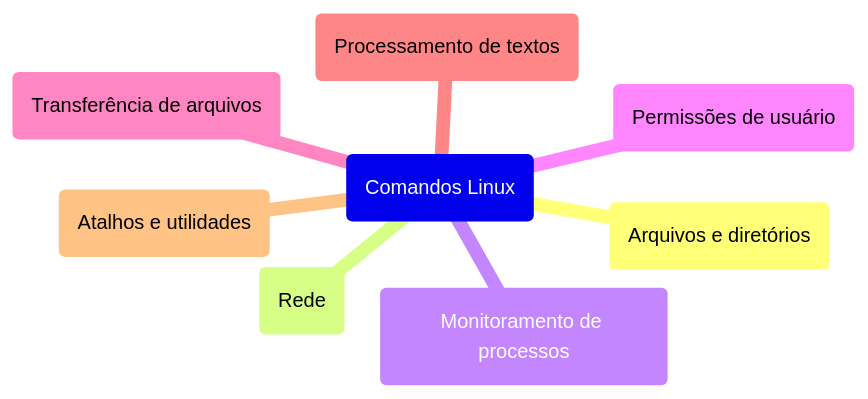
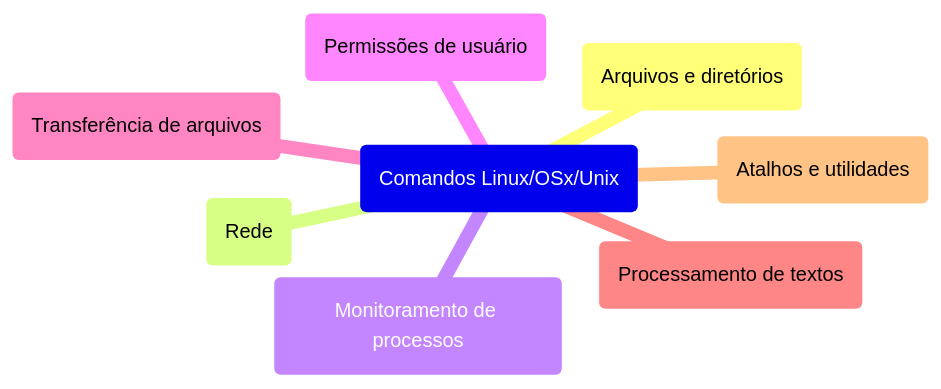
One commit to jbroberto76/so changed the first of 3 diagrams in lab1_linux_commands.md. Above: the diagram before and after it, drawn with Mermaid. The commit also changed other lines of this file and 5 other files, not shown here.

````diff
--- a/lab1_linux_commands.md
+++ b/lab1_linux_commands.md
@@ -162,17 +162,17 @@
-```mermaid
+```mermaid{scale:1.25}
 mindmap
-  root(Comandos Linux)
+  root(Comandos Linux/OSx/Unix)
     (Arquivos e diretórios)
       
     (Rede)
       
     (Monitoramento de processos)
       
     (Permissões de usuário)
 
     (Transferência de arquivos)
 
     (Processamento de textos)
 
     (Atalhos e utilidades)
 ```
````
